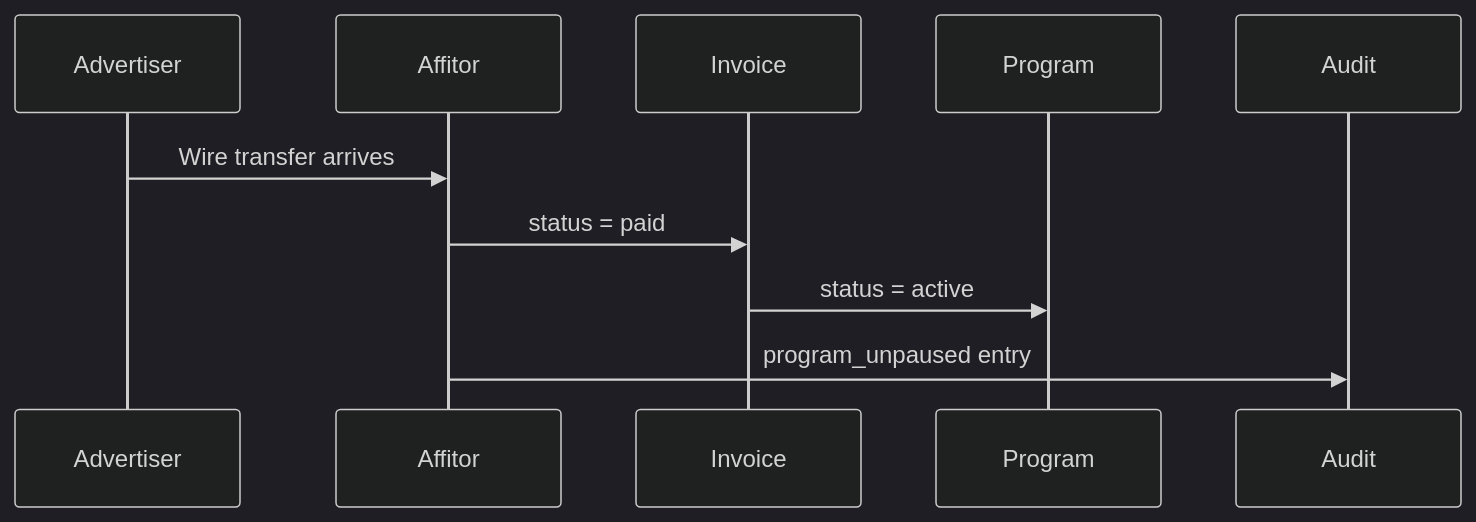
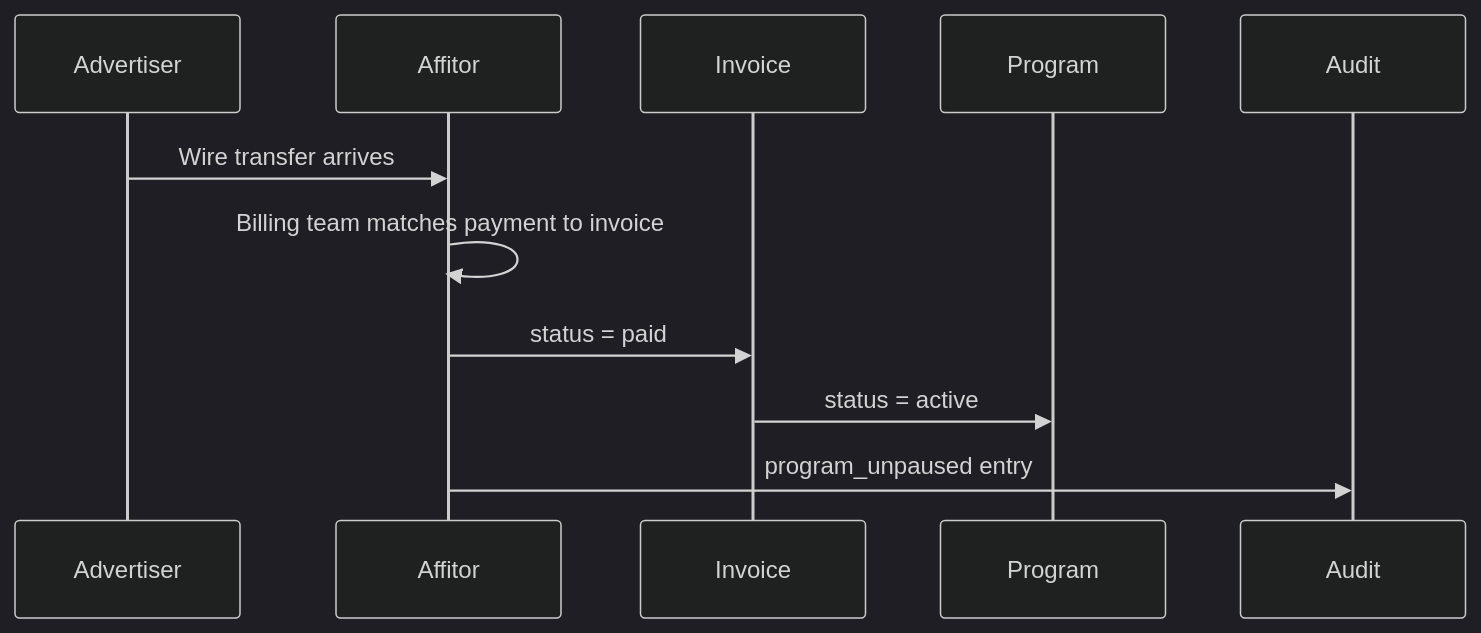
The diagram in content/docs/brand/billing/overdue-policy.mdx (Affitor/affitor-docs), drawn with Mermaid (dark theme) before and after one commit. The commit also changed other lines of this file and 21 other files, not shown here.

````diff
--- a/content/docs/brand/billing/overdue-policy.mdx
+++ b/content/docs/brand/billing/overdue-policy.mdx
@@ -62,7 +63,8 @@
 ```mermaid
 sequenceDiagram
     Advertiser->>Affitor: Wire transfer arrives
+    Affitor->>Affitor: Billing team matches payment to invoice
     Affitor->>Invoice: status = paid
     Invoice->>Program: status = active
     Affitor->>Audit: program_unpaused entry
 ```
````
